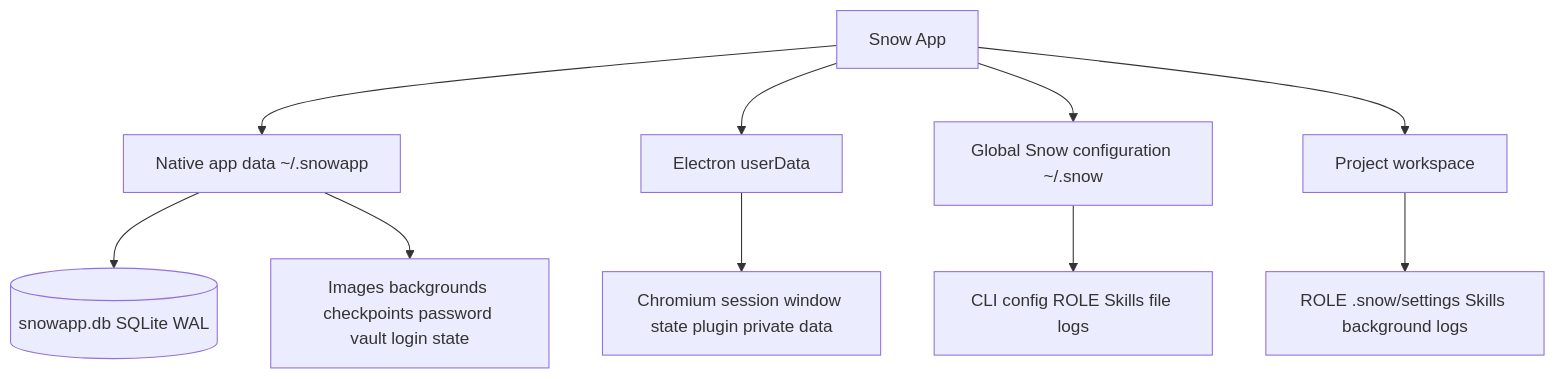
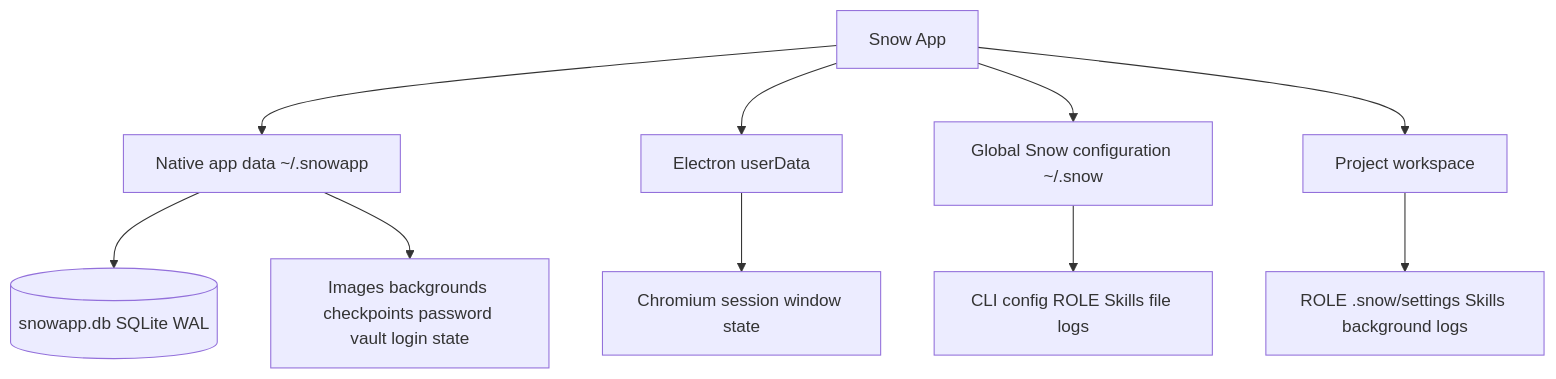
One commit to BaSui01/snow-app changed the diagram in docs/en/3-reference/4-data-storage-locations.md. Above: the diagram before and after it, drawn with Mermaid. The commit also changed other lines of this file and 97 other files, not shown here.

````diff
--- a/docs/en/3-reference/4-data-storage-locations.md
+++ b/docs/en/3-reference/4-data-storage-locations.md
@@ -7,13 +7,13 @@
 ```mermaid
 flowchart TB
     APP[Snow App]
     APP --> N[Native app data ~/.snowapp]
     APP --> E[Electron userData]
     APP --> G[Global Snow configuration ~/.snow]
     APP --> W[Project workspace]
     N --> DB[(snowapp.db SQLite WAL)]
     N --> RES[Images backgrounds checkpoints password vault login state]
-    E --> CH[Chromium session window state plugin private data]
+    E --> CH[Chromium session window state]
     G --> CFG[CLI config ROLE Skills file logs]
     W --> PROJ[ROLE .snow/settings Skills background logs]
 ```
````
